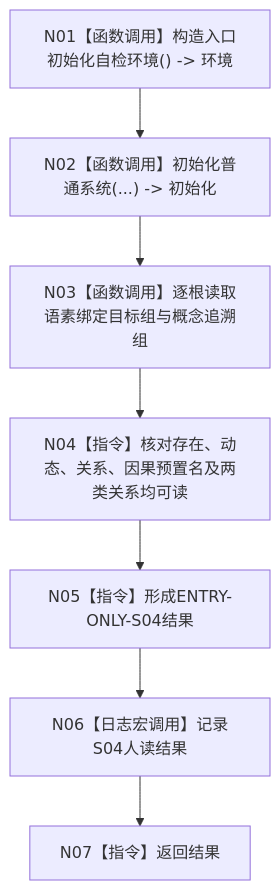
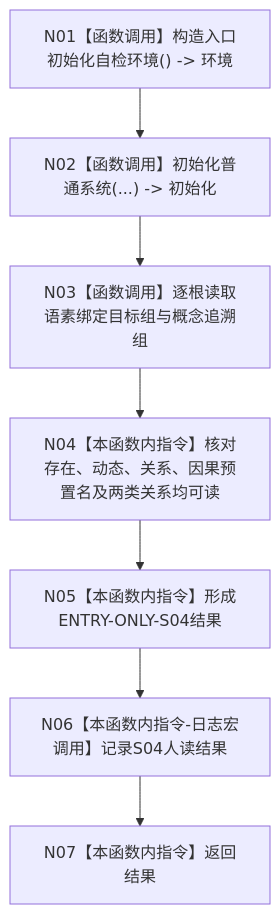
One commit to chunhaizh-cyber/HY-Ego changed the diagram in 流程图/20260726_ENTRY-ONLY_S04_概念图根名绑定_施工流程图_v0.1.md. Above: the diagram before and after it, drawn with Mermaid. The commit also changed other lines of this file and 88 other files, not shown here.

````diff
--- a/流程图/20260726_ENTRY-ONLY_S04_概念图根名绑定_施工流程图_v0.1.md
+++ b/流程图/20260726_ENTRY-ONLY_S04_概念图根名绑定_施工流程图_v0.1.md
@@ -7,9 +27,9 @@
 ```mermaid
 flowchart TD
     N01["N01【函数调用】构造入口初始化自检环境() -> 环境"] --> N02["N02【函数调用】初始化普通系统(...) -> 初始化"]
     N02 --> N03["N03【函数调用】逐根读取语素绑定目标组与概念追溯组"]
-    N03 --> N04["N04【指令】核对存在、动态、关系、因果预置名及两类关系均可读"]
-    N04 --> N05["N05【指令】形成ENTRY-ONLY-S04结果"]
-    N05 --> N06["N06【日志宏调用】记录S04人读结果"]
-    N06 --> N07["N07【指令】返回结果"]
+    N03 --> N04["N04【本函数内指令】核对存在、动态、关系、因果预置名及两类关系均可读"]
+    N04 --> N05["N05【本函数内指令】形成ENTRY-ONLY-S04结果"]
+    N05 --> N06["N06【本函数内指令-日志宏调用】记录S04人读结果"]
+    N06 --> N07["N07【本函数内指令】返回结果"]
 ```
````
